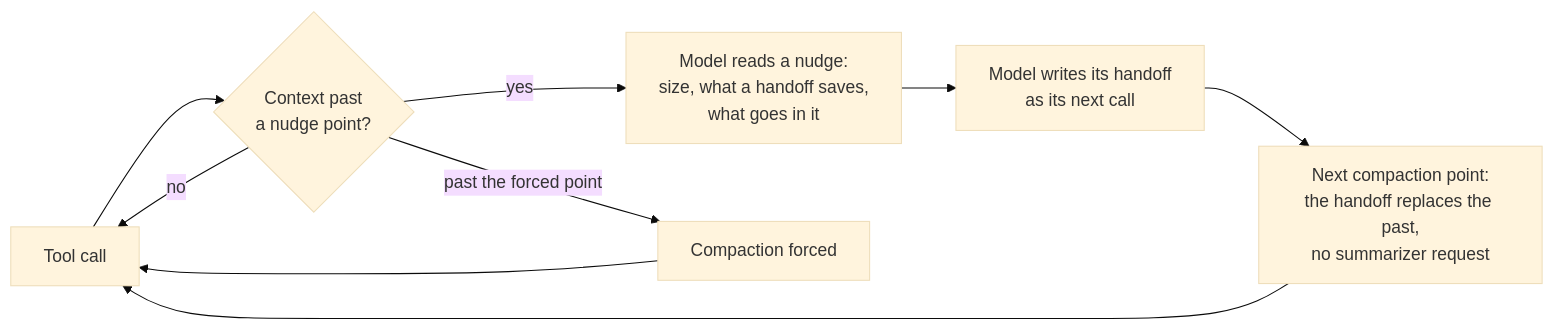
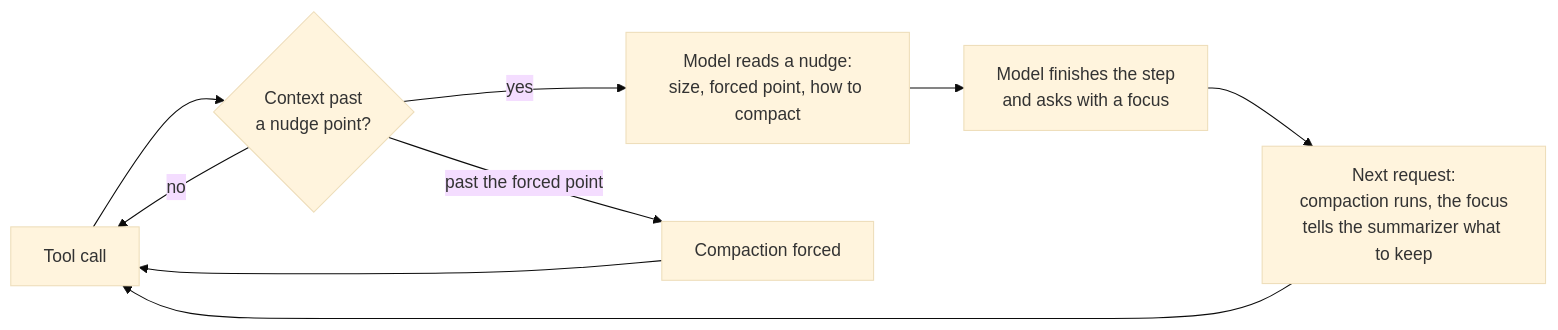
Before and after one commit to rezzminator/forward-compaction: the diagram in README.md, drawn with Mermaid (base theme). The commit also changed other lines of this file and 5 other files, not shown here.

First line of the commit message:
fix(options): compactTool on and handoffTool off by default, the compact-only behaviour before 0.4.0

````diff
--- a/README.md
+++ b/README.md
@@ -100,11 +100,11 @@
 ```mermaid
 flowchart LR
     A[Tool call] --> B{Context past<br/>a nudge point?}
     B -- no --> A
-    B -- yes --> C[Model reads a nudge:<br/>size, what a handoff saves,<br/>what goes in it]
-    C --> D[Model writes its handoff<br/>as its next call]
-    D --> E[Next compaction point:<br/>the handoff replaces the past,<br/>no summarizer request]
+    B -- yes --> C[Model reads a nudge:<br/>size, forced point, how to compact]
+    C --> D[Model finishes the step<br/>and asks with a focus]
+    D --> E[Next request:<br/>compaction runs, the focus<br/>tells the summarizer what to keep]
     E --> A
     B -- past the forced point --> F[Compaction forced]
     F --> A
 ```
````
